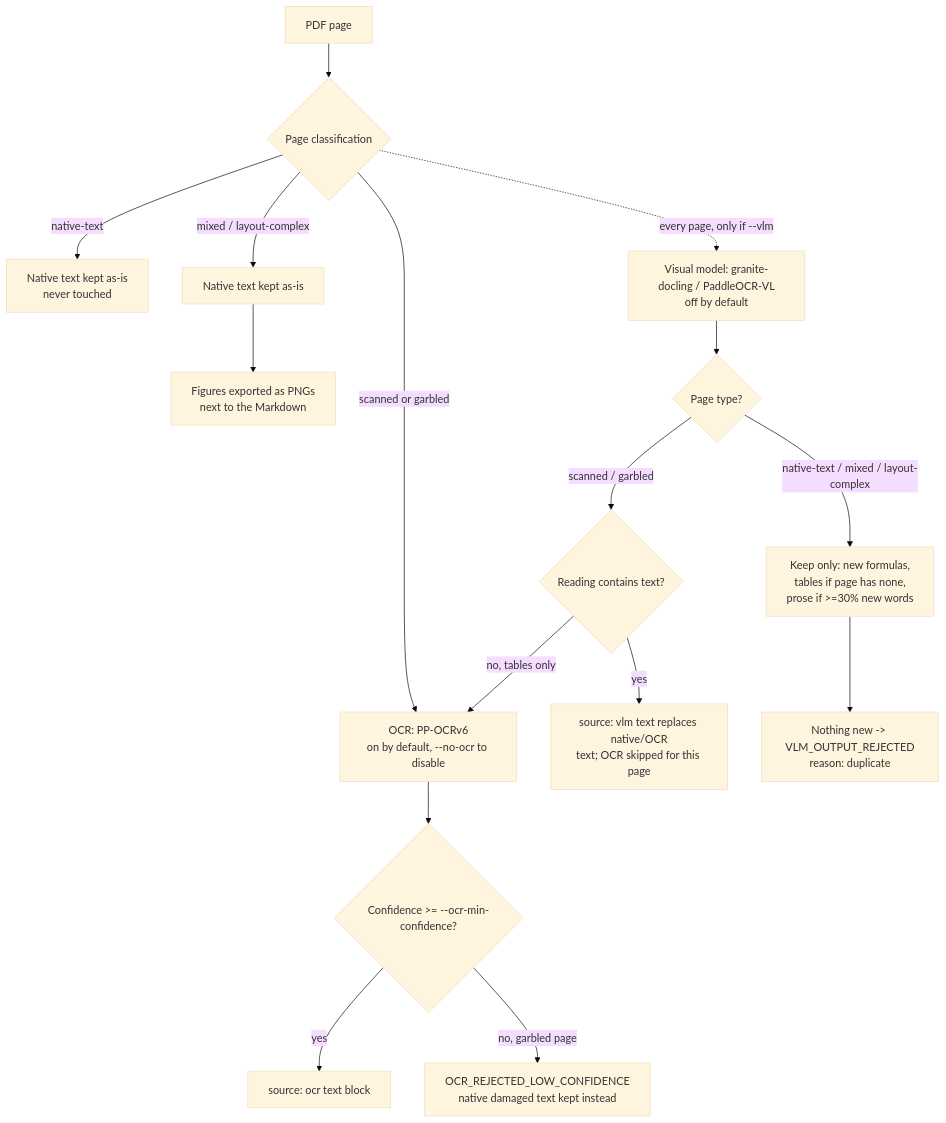
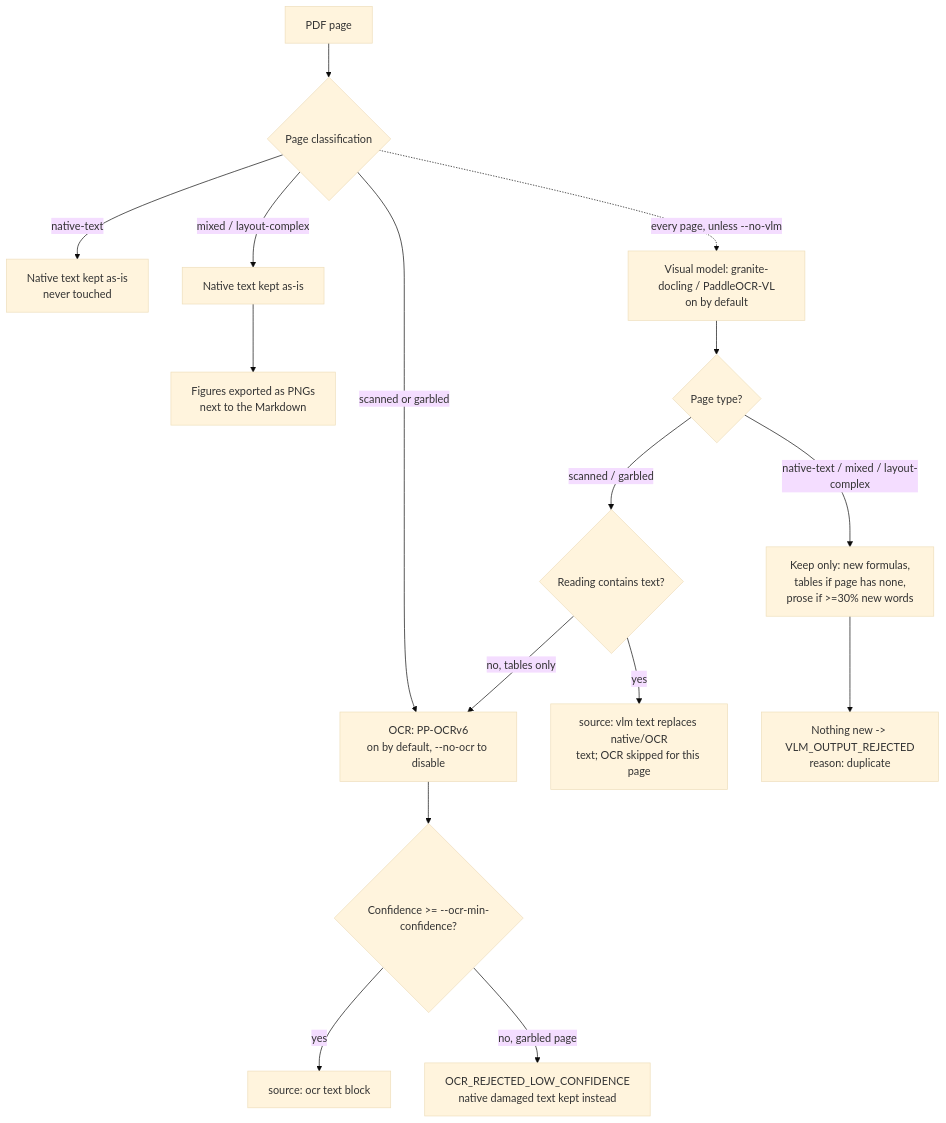
The diagram in README.md (hutuleac/pdf-extraction-update-VL), drawn with Mermaid (base theme) before and after one commit. The commit also changed other lines of this file and 5 other files, not shown here.

First line of the commit message:
Match figure descriptions to document language, move notes to a sidecar, default --vlm on

````diff
--- a/README.md
+++ b/README.md
@@ -134,21 +134,21 @@
 ```mermaid
 flowchart TD
     P[PDF page] --> CLS{Page classification}
 
     CLS -->|native-text| NT[Native text kept as-is<br/>never touched]
     CLS -->|mixed / layout-complex| ML[Native text kept as-is]
     ML --> FIG[Figures exported as PNGs<br/>next to the Markdown]
 
     CLS -->|scanned or garbled| OCR[OCR: PP-OCRv6<br/>on by default, --no-ocr to disable]
     OCR --> CONF{Confidence >= --ocr-min-confidence?}
     CONF -->|yes| OCRTEXT["source: ocr" text block]
     CONF -->|no, garbled page| REJECT[OCR_REJECTED_LOW_CONFIDENCE<br/>native damaged text kept instead]
 
-    CLS -.->|every page, only if --vlm| VLM[Visual model: granite-docling / PaddleOCR-VL<br/>off by default]
+    CLS -.->|every page, unless --no-vlm| VLM[Visual model: granite-docling / PaddleOCR-VL<br/>on by default]
     VLM --> KIND{Page type?}
     KIND -->|scanned / garbled| REPLACE{Reading contains text?}
     REPLACE -->|yes| WIN["source: vlm" text replaces native/OCR<br/>text; OCR skipped for this page]
     REPLACE -->|no, tables only| OCR
     KIND -->|native-text / mixed / layout-complex| FILTER[Keep only: new formulas,<br/>tables if page has none,<br/>prose if >=30% new words]
     FILTER --> DUP[Nothing new -> VLM_OUTPUT_REJECTED<br/>reason: duplicate]
 ```
````
